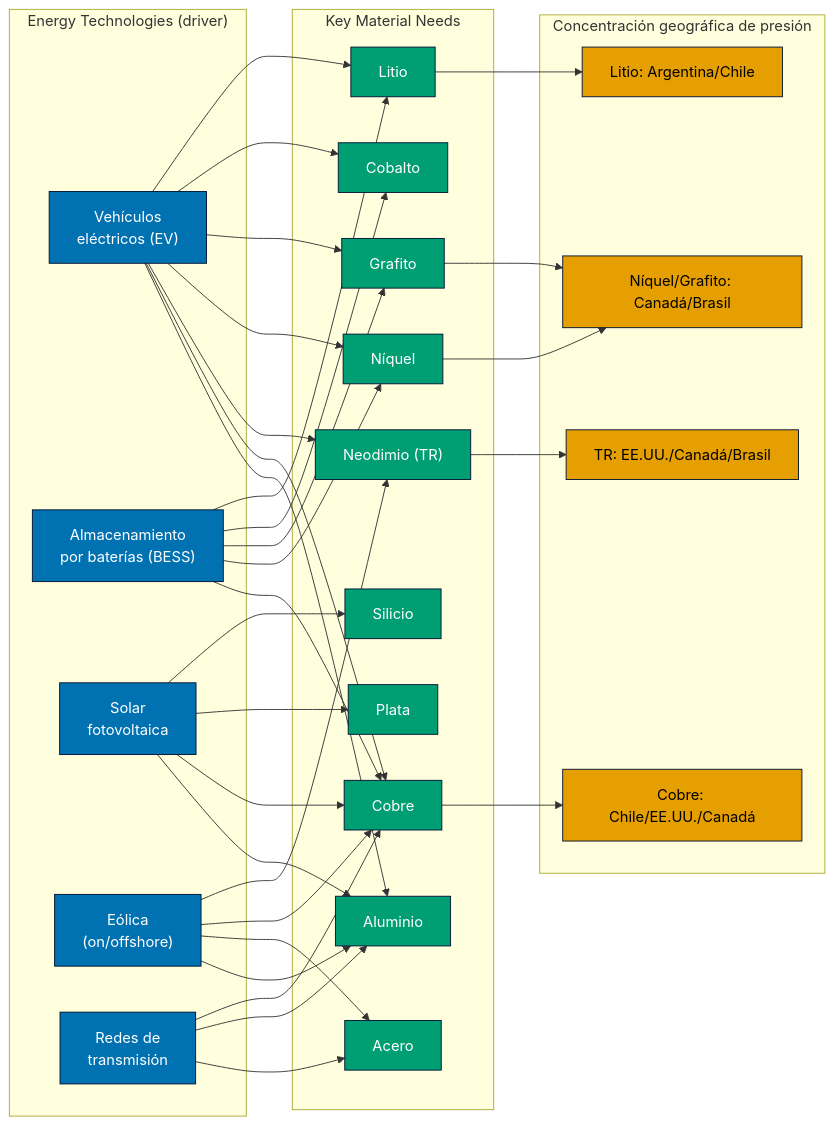
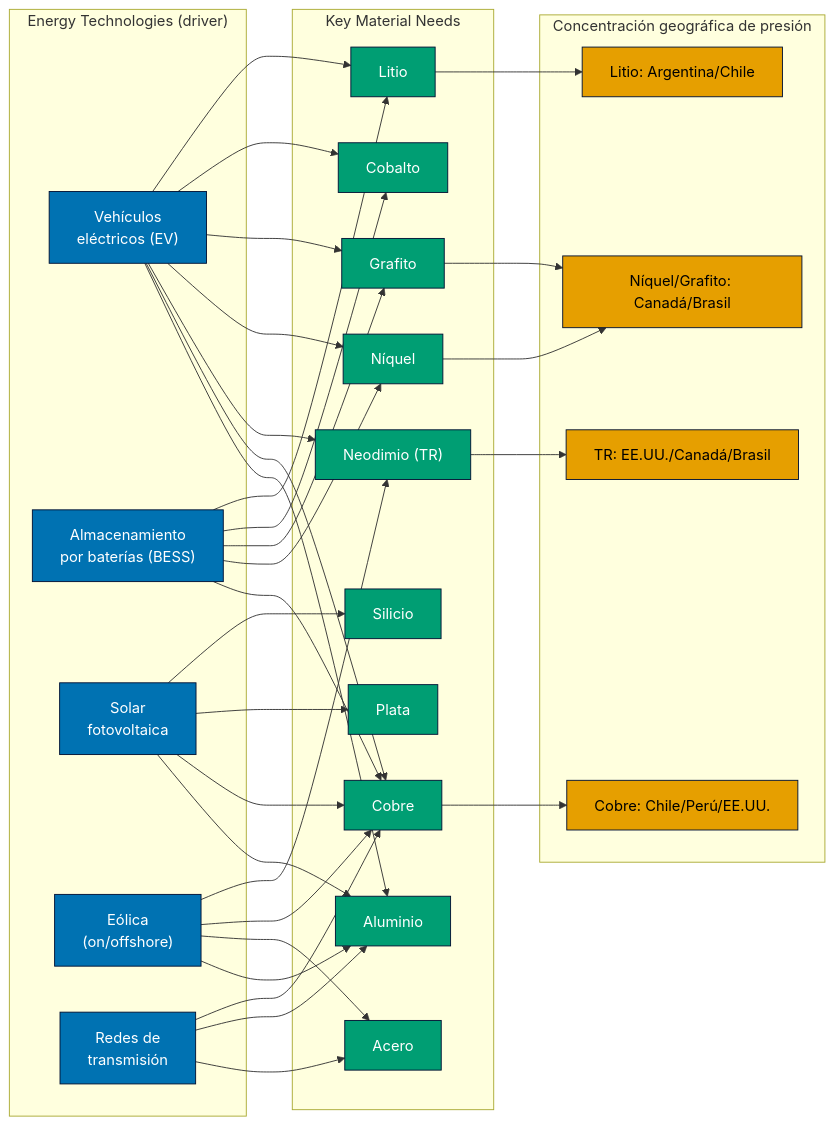
One commit to dcuerom/redco_proyect changed the fourth of 8 diagrams in writing_outputs/20260626_demanda_ingenieria_mineria_2030/Informe_Demanda_Ingenieria_Minera_2030.md. Above: the diagram before and after it, drawn with Mermaid. The commit also changed other lines of this file and 12 other files, not shown here.

````diff
--- a/writing_outputs/20260626_demanda_ingenieria_mineria_2030/Informe_Demanda_Ingenieria_Minera_2030.md
+++ b/writing_outputs/20260626_demanda_ingenieria_mineria_2030/Informe_Demanda_Ingenieria_Minera_2030.md
@@ -219,49 +232,49 @@
 ```mermaid
 flowchart LR
     subgraph TECH["Energy Technologies (driver)"]
         EV["Vehículos\neléctricos (EV)"]
         BAT["Almacenamiento\npor baterías (BESS)"]
         PV["Solar\nfotovoltaica"]
         WIND["Eólica\n(on/offshore)"]
         GRID["Redes de\ntransmisión"]
     end
 
     subgraph MAT["Key Material Needs"]
         LI["Litio"]
         CO["Cobalto"]
         GR["Grafito"]
         NI["Níquel"]
         ND["Neodimio (TR)"]
         CU["Cobre"]
         AG["Plata"]
         SI["Silicio"]
         AL["Aluminio"]
         FE["Acero"]
     end
 
     subgraph GEO["Concentración geográfica de presión"]
         G1["Litio: Argentina/Chile"]
-        G2["Cobre: Chile/EE.UU./Canadá"]
+        G2["Cobre: Chile/Perú/EE.UU."]
         G3["Níquel/Grafito: Canadá/Brasil"]
         G4["TR: EE.UU./Canadá/Brasil"]
     end
 
     EV --> LI & CO & GR & NI & ND & CU & AL
     BAT --> LI & CO & GR & NI & CU
     PV --> SI & AG & CU & AL
     WIND --> ND & CU & FE & AL
     GRID --> CU & AL & FE
 
     LI --> G1
     CU --> G2
     NI --> G3
     GR --> G3
     ND --> G4
 
     classDef t fill:#0072B2,stroke:#013,color:#fff;
     classDef m fill:#009E73,stroke:#013,color:#fff;
     classDef g fill:#E69F00,stroke:#013,color:#000;
     class EV,BAT,PV,WIND,GRID t;
     class LI,CO,GR,NI,ND,CU,AG,SI,AL,FE m;
     class G1,G2,G3,G4 g;
 ```
````
